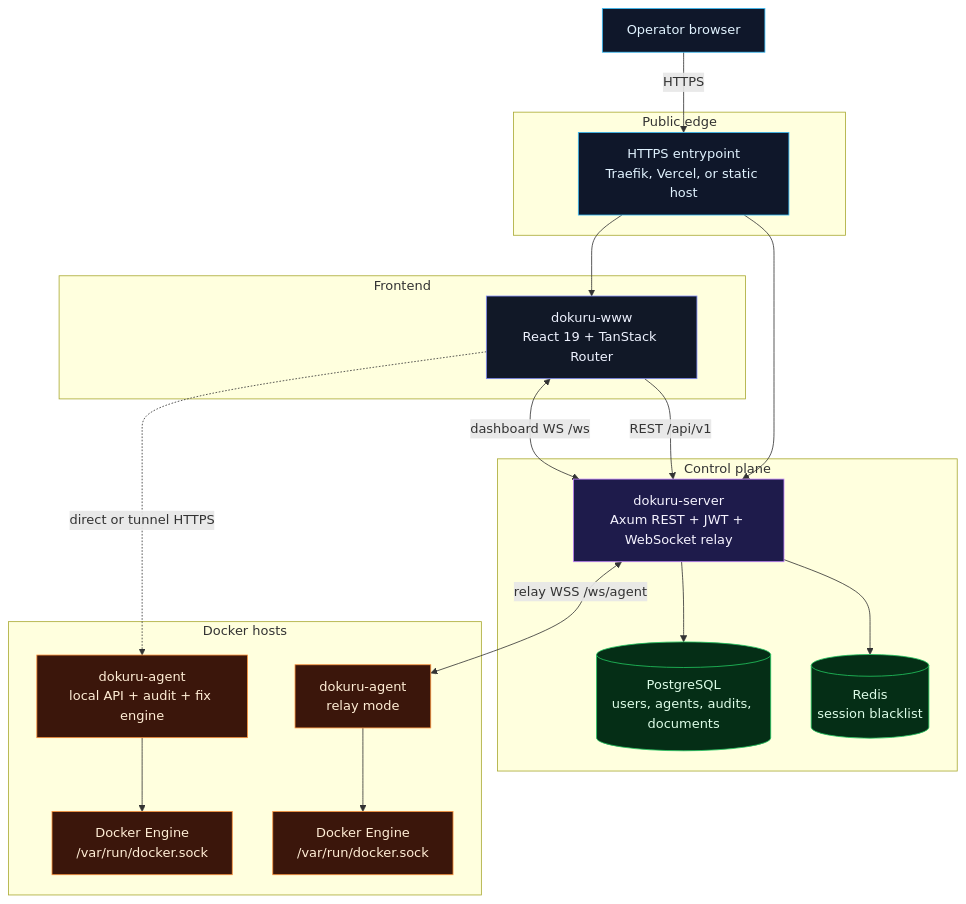
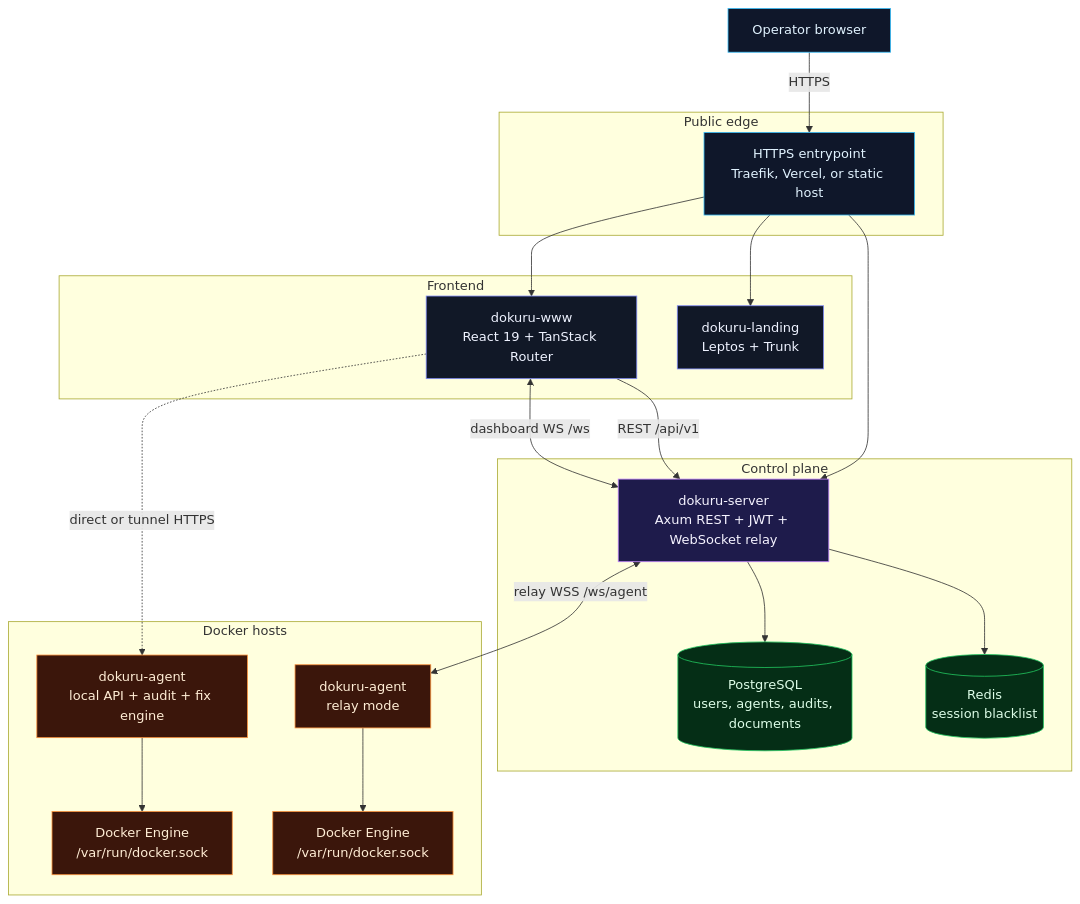
The first of 7 diagrams in docs/architecture.md (rifuki/dokuru), drawn with Mermaid before and after one commit. The commit also changed other lines of this file and 8 other files, not shown here.

Commit message:
docs: refresh README preview flow

````diff
--- a/docs/architecture.md
+++ b/docs/architecture.md
@@ -17,50 +19,52 @@
 ```mermaid
 flowchart TB
     user["Operator browser"]
 
     subgraph edge["Public edge"]
         tls["HTTPS entrypoint<br/>Traefik, Vercel, or static host"]
     end
 
     subgraph frontend["Frontend"]
         www["dokuru-www<br/>React 19 + TanStack Router"]
+        landing["dokuru-landing<br/>Leptos + Trunk"]
     end
 
     subgraph backend["Control plane"]
         server["dokuru-server<br/>Axum REST + JWT + WebSocket relay"]
         pg[("PostgreSQL<br/>users, agents, audits, documents")]
         redis[("Redis<br/>session blacklist")]
     end
 
     subgraph hosts["Docker hosts"]
         agentA["dokuru-agent<br/>local API + audit + fix engine"]
         agentB["dokuru-agent<br/>relay mode"]
         dockerA["Docker Engine<br/>/var/run/docker.sock"]
         dockerB["Docker Engine<br/>/var/run/docker.sock"]
     end
 
     user -->|HTTPS| tls
     tls --> www
+    tls --> landing
     tls --> server
 
     www -->|REST /api/v1| server
     www <-->|dashboard WS /ws| server
     www -.->|direct or tunnel HTTPS| agentA
     server <-->|relay WSS /ws/agent| agentB
 
     server --> pg
     server --> redis
     agentA --> dockerA
     agentB --> dockerB
 
     classDef surface fill:#0f172a,stroke:#38bdf8,color:#e0f2fe
     classDef app fill:#111827,stroke:#818cf8,color:#eef2ff
     classDef controlPlane fill:#1e1b4b,stroke:#c084fc,color:#f5f3ff
     classDef dataStore fill:#052e16,stroke:#22c55e,color:#dcfce7
     classDef hostNode fill:#3b160b,stroke:#fb923c,color:#ffedd5
     class user,tls surface
-    class www app
+    class www,landing app
     class server controlPlane
     class pg,redis dataStore
     class agentA,agentB,dockerA,dockerB hostNode
 ```
````
